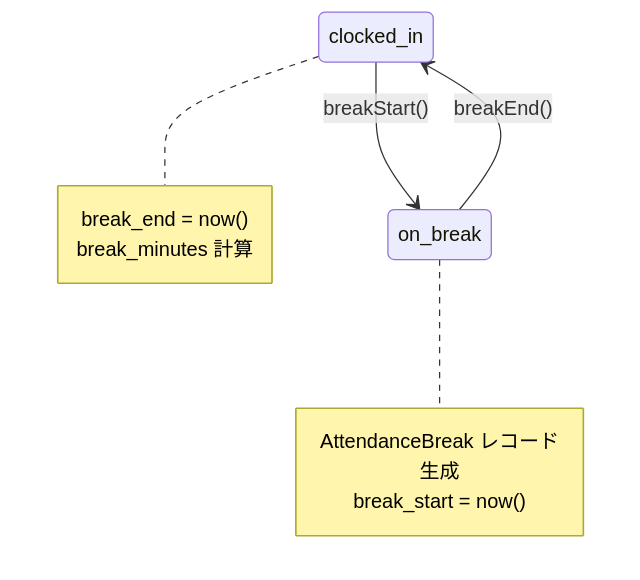
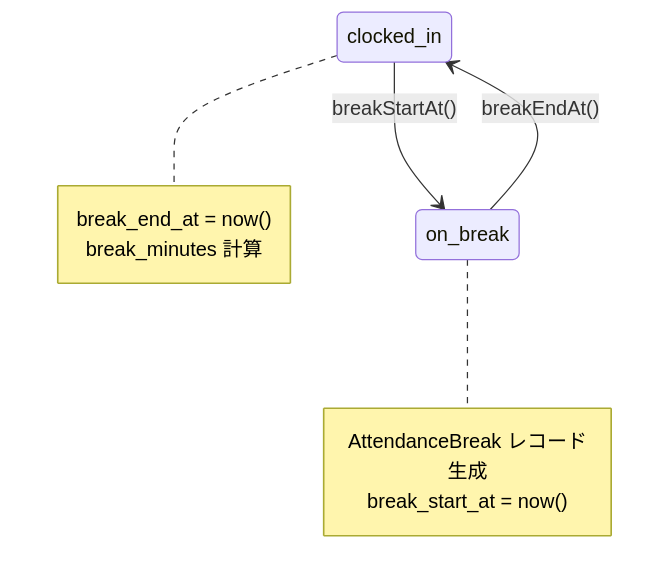
One commit to miyazakisora111/time-attendance changed the second of 3 diagrams in docs/dev/break-time-management.md. Above: the diagram before and after it, drawn with Mermaid. The commit also changed other lines of this file and 28 other files, not shown here.

````diff
--- a/docs/dev/break-time-management.md
+++ b/docs/dev/break-time-management.md
@@ -25,15 +25,15 @@
 ```mermaid
 stateDiagram-v2
-    clocked_in --> on_break: breakStart()
-    on_break --> clocked_in: breakEnd()
+    clocked_in --> on_break: breakStartAt()
+    on_break --> clocked_in: breakEndAt()
 
     note right of on_break
         AttendanceBreak レコード生成
-        break_start = now()
+        break_start_at = now()
     end note
 
     note right of clocked_in
-        break_end = now()
+        break_end_at = now()
         break_minutes 計算
     end note
 ```
````
